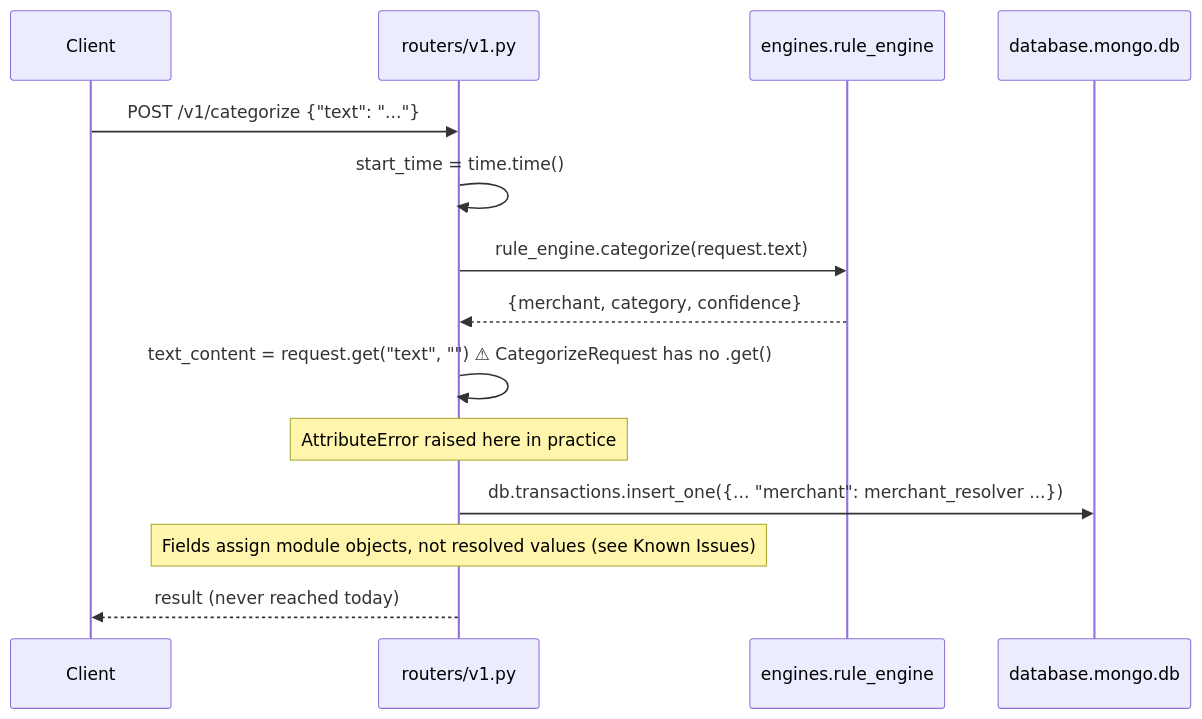
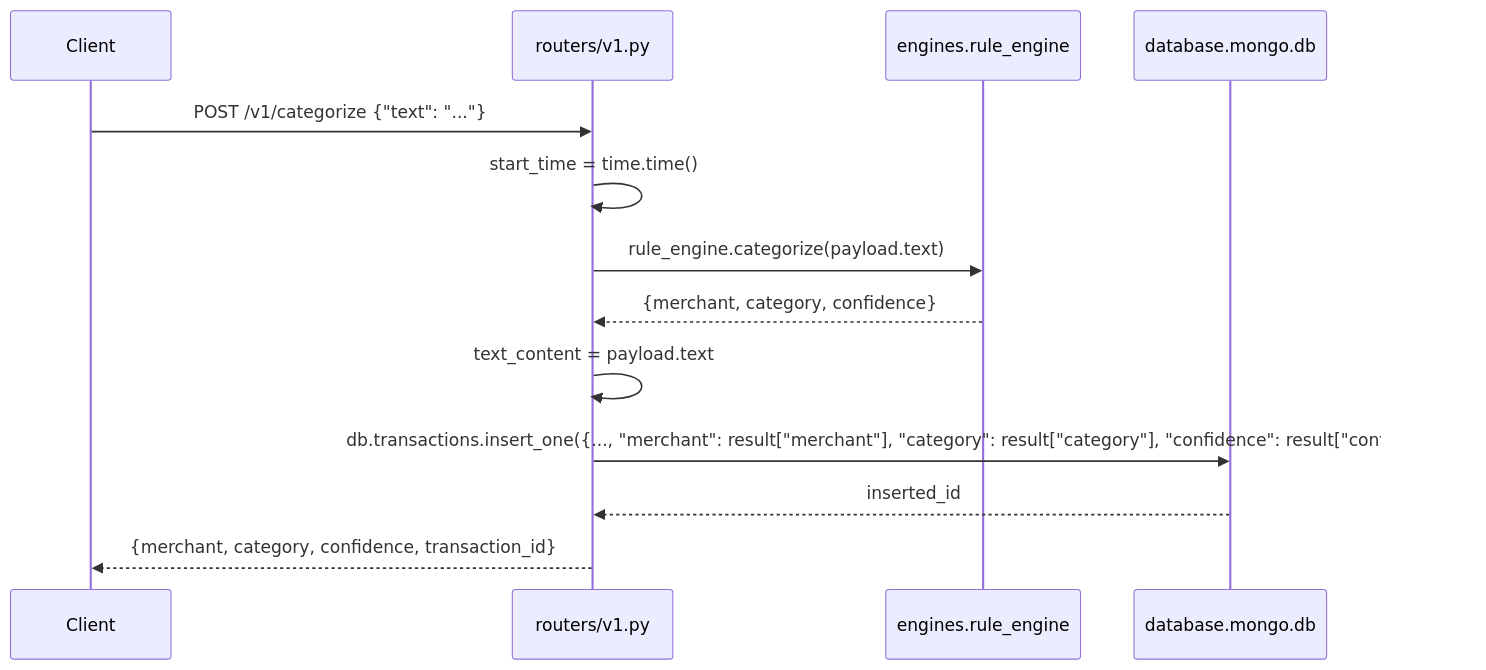
One commit to lokeshramchand-ctrl/velar-backend changed the fourth of 7 diagrams in docs/01-architecture.md. Above: the diagram before and after it, drawn with Mermaid. The commit also changed other lines of this file and 34 other files, not shown here.

````diff
--- a/docs/01-architecture.md
+++ b/docs/01-architecture.md
@@ -82,17 +82,16 @@
 ```mermaid
 sequenceDiagram
     participant C as Client
     participant R as routers/v1.py
     participant RE as engines.rule_engine
     participant Mongo as database.mongo.db
 
     C->>R: POST /v1/categorize {"text": "..."}
     R->>R: start_time = time.time()
-    R->>RE: rule_engine.categorize(request.text)
+    R->>RE: rule_engine.categorize(payload.text)
     RE-->>R: {merchant, category, confidence}
-    R->>R: text_content = request.get("text", "")  ⚠ CategorizeRequest has no .get()
-    Note over R: AttributeError raised here in practice
-    R->>Mongo: db.transactions.insert_one({... "merchant": merchant_resolver ...})
-    Note over R: Fields assign module objects, not resolved values (see Known Issues)
-    R-->>C: result (never reached today)
+    R->>R: text_content = payload.text
+    R->>Mongo: db.transactions.insert_one({..., "merchant": result["merchant"], "category": result["category"], "confidence": result["confidence"]})
+    Mongo-->>R: inserted_id
+    R-->>C: {merchant, category, confidence, transaction_id}
 ```
````
